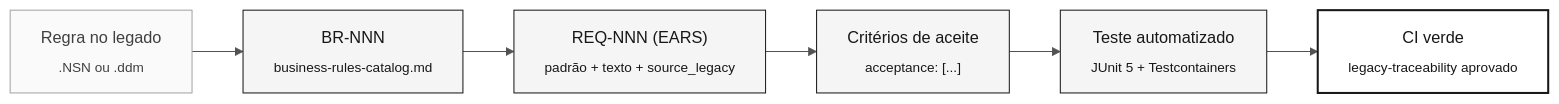
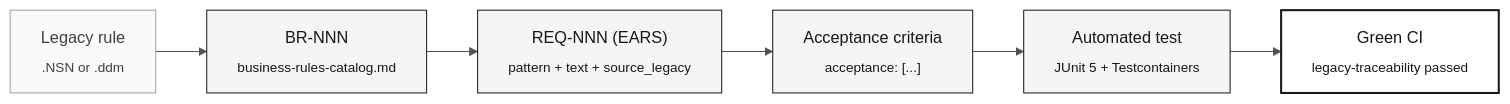
One commit to paulasilvatech/datacorp-mm-team-kit changed the diagram in 07-conceitos/05-notacao-ears.md. Above: the diagram before and after it, drawn with Mermaid. The commit also changed other lines of this file and 44 other files, not shown here.

````diff
--- a/07-conceitos/05-notacao-ears.md
+++ b/07-conceitos/05-notacao-ears.md
@@ -222,16 +222,16 @@
 ```mermaid
 %%{init: {'theme':'neutral','themeVariables':{'fontFamily':'ui-sans-serif, system-ui, sans-serif','primaryColor':'#F5F5F5','primaryTextColor':'#171717','primaryBorderColor':'#171717','lineColor':'#525252','secondaryColor':'#FFFFFF','tertiaryColor':'#FAFAFA','background':'#FFFFFF'}}}%%
 flowchart LR
     classDef step fill:#F5F5F5,stroke:#171717,color:#171717
     classDef gate fill:#FFFFFF,stroke:#171717,color:#171717,stroke-width:2px
     classDef muted fill:#FAFAFA,stroke:#A3A3A3,color:#404040
 
-    A["Regra no legado<br/><sub>.NSN ou .ddm</sub>"]:::muted
+    A["Legacy rule<br/><sub>.NSN or .ddm</sub>"]:::muted
     B["BR-NNN<br/><sub>business-rules-catalog.md</sub>"]:::step
-    C["REQ-NNN (EARS)<br/><sub>padrão + texto + source_legacy</sub>"]:::step
-    D["Critérios de aceite<br/><sub>acceptance: [...]</sub>"]:::step
-    E["Teste automatizado<br/><sub>JUnit 5 + Testcontainers</sub>"]:::step
-    F["CI verde<br/><sub>legacy-traceability aprovado</sub>"]:::gate
+    C["REQ-NNN (EARS)<br/><sub>pattern + text + source_legacy</sub>"]:::step
+    D["Acceptance criteria<br/><sub>acceptance: [...]</sub>"]:::step
+    E["Automated test<br/><sub>JUnit 5 + Testcontainers</sub>"]:::step
+    F["Green CI<br/><sub>legacy-traceability passed</sub>"]:::gate
 
     A --> B --> C --> D --> E --> F
 ```
````
